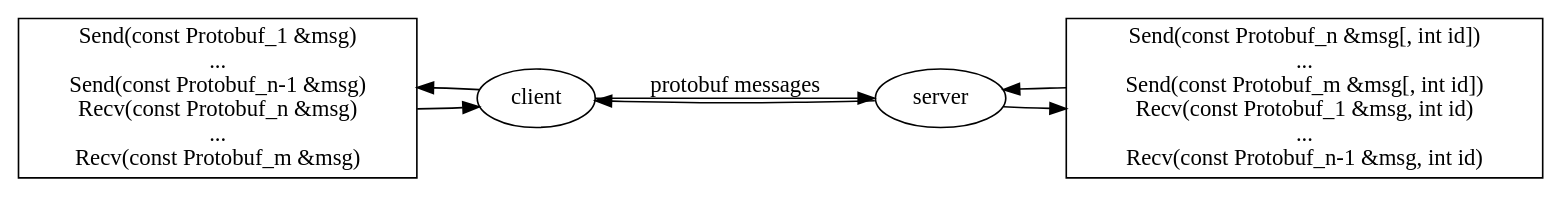
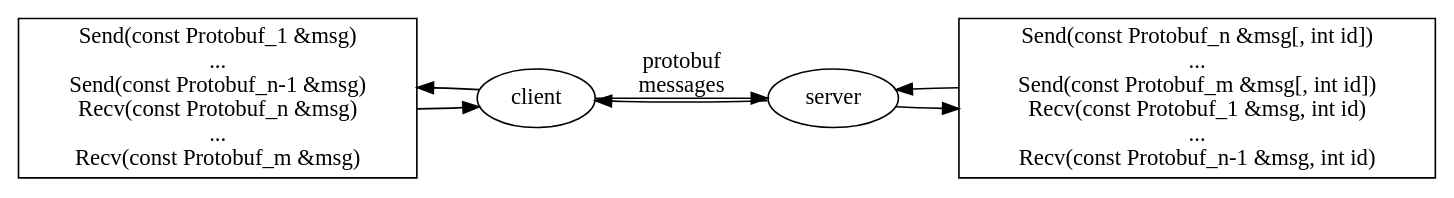
Before and after one commit to google/libgep: the diagram in images/protocol_diagram.dot, drawn with Graphviz. The commit also changed 52 other files, not shown here.

```diff
--- a/images/protocol_diagram.dot
+++ b/images/protocol_diagram.dot
@@ -1,11 +1,11 @@
 digraph G {
 	rankdir=LR;
 	ClientAPI [shape=box, label="Send\(const Protobuf_1 &msg)\n...\nSend\(const Protobuf_n-1 &msg)\nRecv\(const Protobuf_n &msg)\n...\nRecv\(const Protobuf_m &msg)"];
 	ClientAPI -> client;
 	client -> ClientAPI;
-	client -> server [label="protobuf messages"];
+	client -> server [label="protobuf\nmessages"];
 	server -> client;
 	ServerAPI [shape=box, label="Send\(const Protobuf_n &msg[, int id])\n...\nSend\(const Protobuf_m &msg[, int id])\nRecv\(const Protobuf_1 &msg, int id)\n...\nRecv\(const Protobuf_n-1 &msg, int id)"];
 	ServerAPI -> server;
 	server -> ServerAPI;
 }
```
